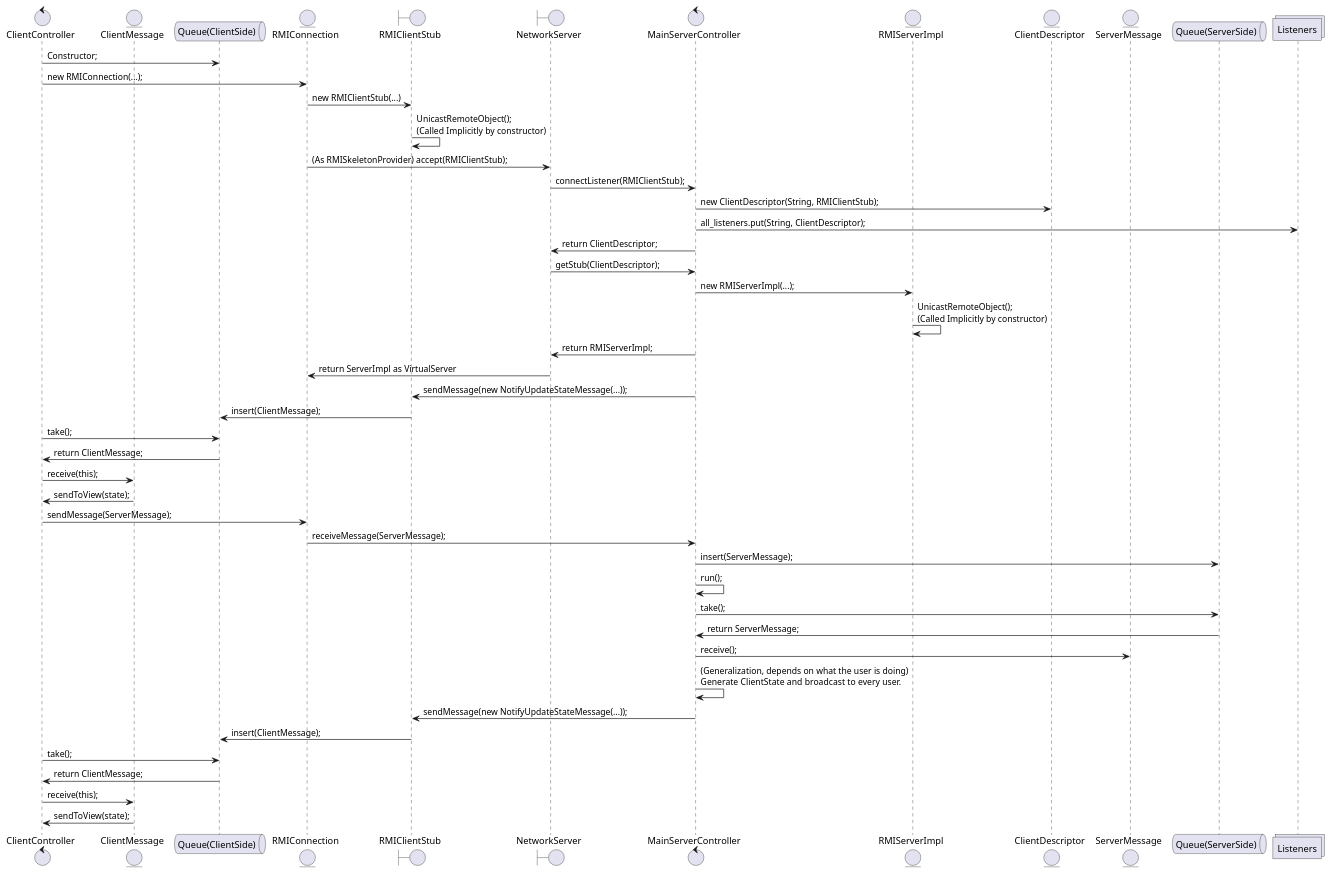
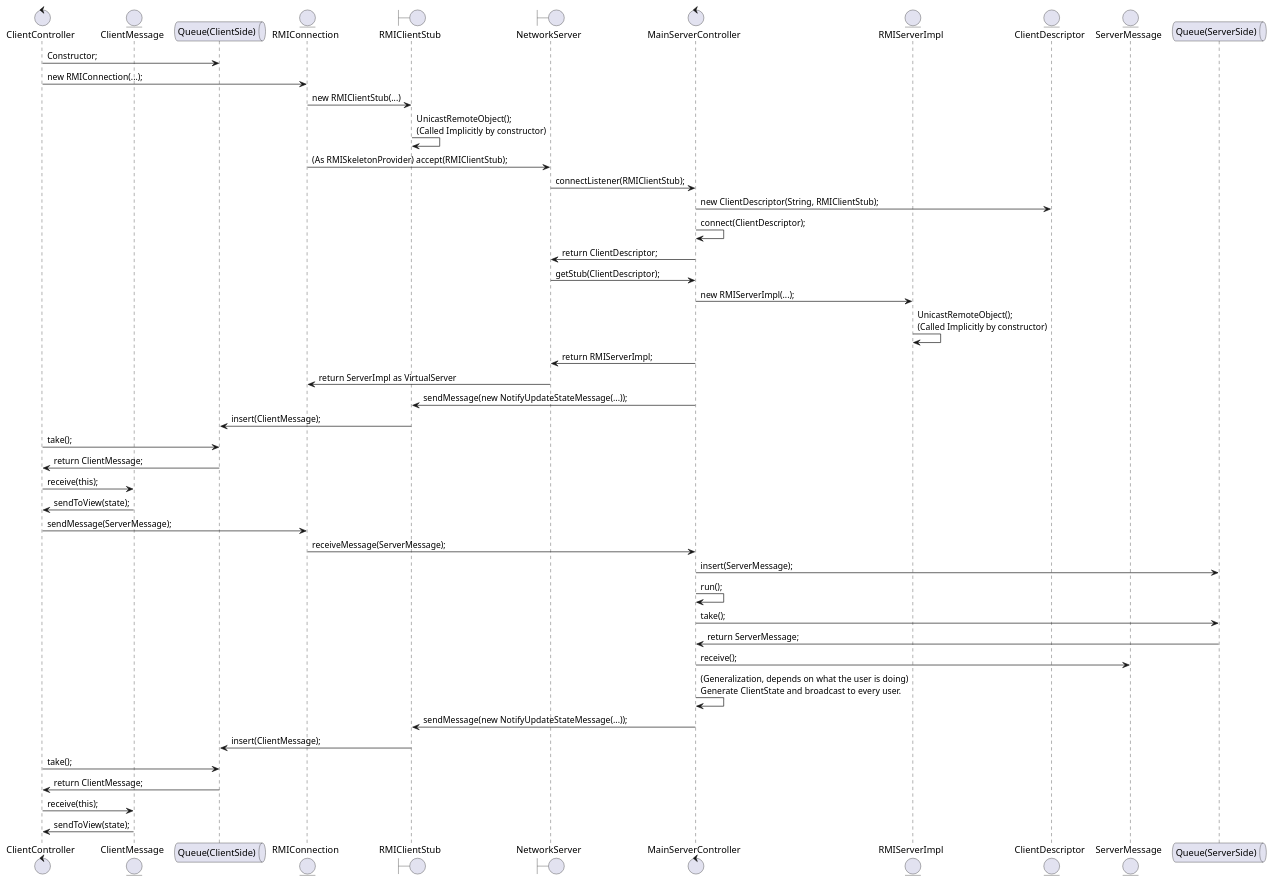
One commit to teoscura/ing-sw-2025-ponzo-romano-sarto-scuratti changed the second of 2 diagrams in deliverables/sequencediagram.puml. Above: the diagram before and after it, drawn with PlantUML. The commit also changed other lines of this file, not shown here.

Commit message:
Sequence diagram finiti

```diff
--- a/deliverables/sequencediagram.puml
+++ b/deliverables/sequencediagram.puml
@@ -18,58 +86,58 @@
 @startuml sequence_rmi
 
 ''Client
 control ClientController as ClientController
 entity ClientMessage as ClientMessage
 queue "Queue(ClientSide)" as ThreadSafeMessageQueueC
 entity RMIConnection as RMIConnection
 boundary RMIClientStub as RMIClientStub
 ''Server
 boundary NetworkServer as NetworkServer
 control MainServerController as MainServerController
 entity RMIServerImpl as RMIServerImpl
 entity ClientDescriptor as ClientDescriptor
 entity ServerMessage as ServerMessage
 queue "Queue(ServerSide)" as ThreadSafeMessageQueueS
-collections Listeners as Listeners
 
 ''Client starts to connect
 ClientController -> ThreadSafeMessageQueueC: Constructor;
 ClientController -> RMIConnection: new RMIConnection(...);
 RMIConnection -> RMIClientStub: new RMIClientStub(...)
 RMIClientStub -> RMIClientStub: UnicastRemoteObject();\n(Called Implicitly by constructor)
 RMIConnection -> NetworkServer: (As RMISkeletonProvider) accept(RMIClientStub);
 ''Server accepts the connection.
 NetworkServer -> MainServerController: connectListener(RMIClientStub);
 MainServerController -> ClientDescriptor: new ClientDescriptor(String, RMIClientStub);
-MainServerController -> Listeners: all_listeners.put(String, ClientDescriptor);
+MainServerController -> MainServerController: connect(ClientDescriptor);
 MainServerController -> NetworkServer: return ClientDescriptor;
 NetworkServer -> MainServerController: getStub(ClientDescriptor);
 MainServerController -> RMIServerImpl: new RMIServerImpl(...);
 RMIServerImpl -> RMIServerImpl: UnicastRemoteObject();\n(Called Implicitly by constructor)
 MainServerController -> NetworkServer: return RMIServerImpl;
 NetworkServer -> RMIConnection: return ServerImpl as VirtualServer
 ''Server Sends Current Lobby State
 MainServerController -> RMIClientStub: sendMessage(new NotifyUpdateStateMessage(...));
 RMIClientStub -> ThreadSafeMessageQueueC: insert(ClientMessage);
 ClientController -> ThreadSafeMessageQueueC: take();
 ThreadSafeMessageQueueC -> ClientController: return ClientMessage;
 ClientController -> ClientMessage: receive(this);
 ClientMessage -> ClientController: sendToView(state);
 ''Sends Message
 ClientController -> RMIConnection : sendMessage(ServerMessage);
 RMIConnection -> MainServerController: receiveMessage(ServerMessage);
 MainServerController -> ThreadSafeMessageQueueS: insert(ServerMessage);
 MainServerController -> MainServerController: run();
 MainServerController -> ThreadSafeMessageQueueS: take();
 ThreadSafeMessageQueueS -> MainServerController: return ServerMessage;
 MainServerController -> ServerMessage: receive();
 ''Server updates state if it changed.
 MainServerController -> MainServerController: (Generalization, depends on what the user is doing)\nGenerate ClientState and broadcast to every user.
 MainServerController -> RMIClientStub: sendMessage(new NotifyUpdateStateMessage(...));
+''Client receives it
 RMIClientStub -> ThreadSafeMessageQueueC: insert(ClientMessage);
 ClientController -> ThreadSafeMessageQueueC: take();
 ThreadSafeMessageQueueC -> ClientController: return ClientMessage;
 ClientController -> ClientMessage: receive(this);
 ClientMessage -> ClientController: sendToView(state);
 
 @enduml
```
